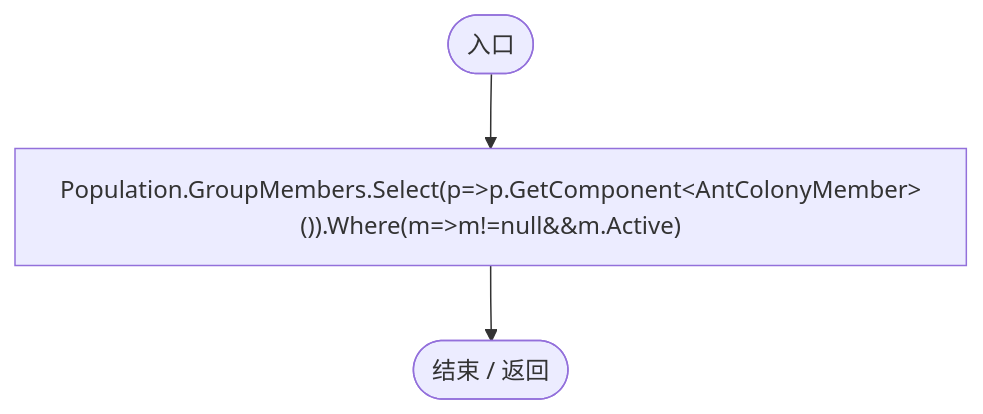
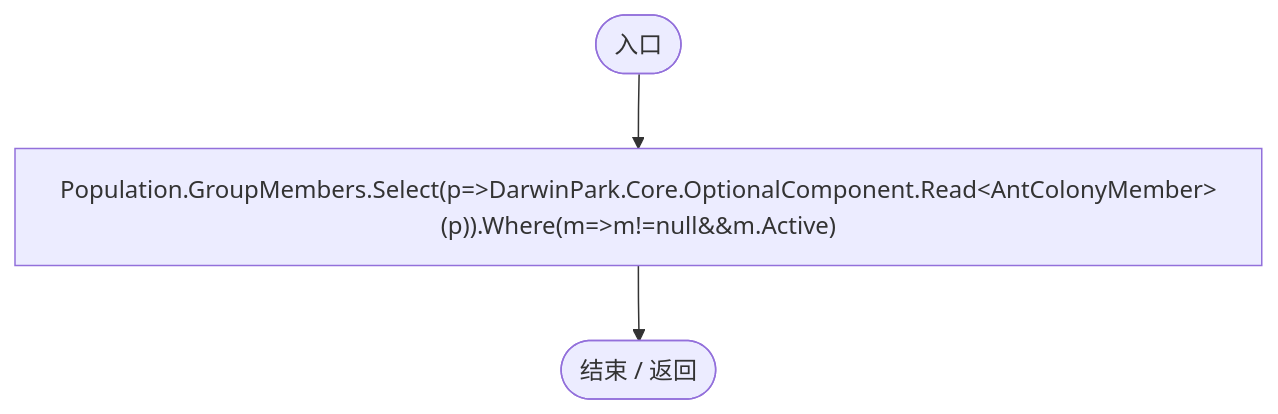
Before and after one commit to xhs6666/Darwin_paradise: diagram 17 of 53 in Docs/运行流程图/脚本/baebd85c05598377.md, drawn with Mermaid. The commit also changed other lines of this file and 297 other files, not shown here.

````diff
--- a/Docs/运行流程图/脚本/baebd85c05598377.md
+++ b/Docs/运行流程图/脚本/baebd85c05598377.md
@@ -382,9 +382,9 @@
 ```mermaid
 flowchart TD
   n2(["入口"])
-  n1["Population.GroupMembers.Select(p=&gt;p.GetComponent&lt;AntColonyMember&gt;()).Where(m=&gt;m!=null&amp;&amp;m.Active)"]
+  n1["Population.GroupMembers.Select(p=&gt;DarwinPark.Core.OptionalComponent.Read&lt;AntColonyMember&gt;(p)).Where(m=&gt;m!=null&amp;&amp;m.Active)"]
   n0(["结束 / 返回"])
   n1 --> n0
   n2 --> n1
 
 ```
````
